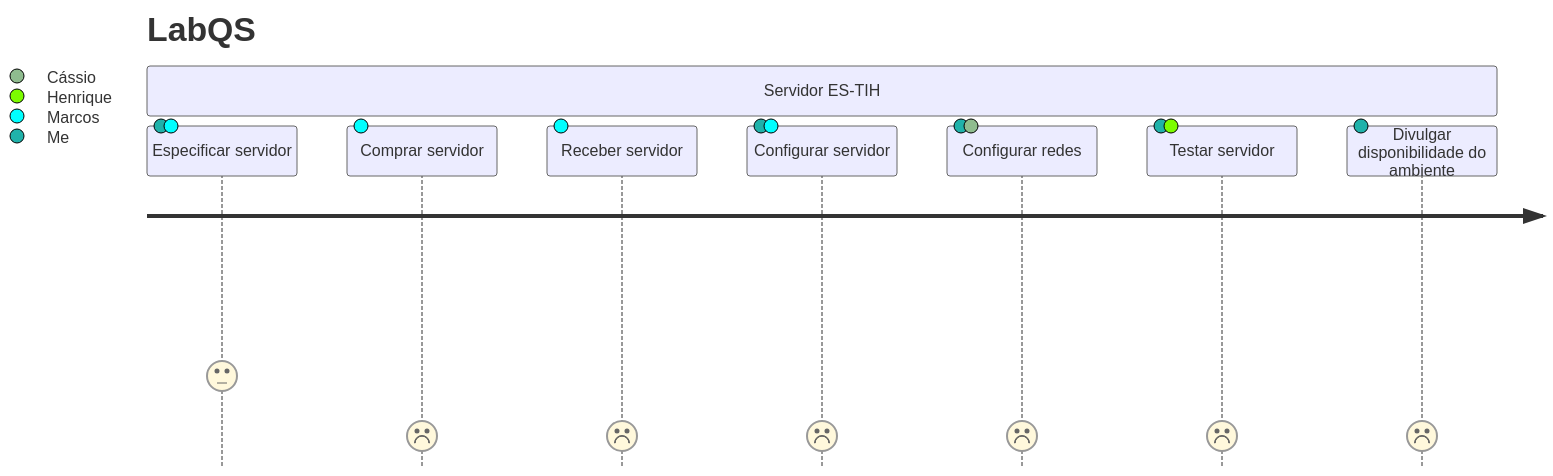
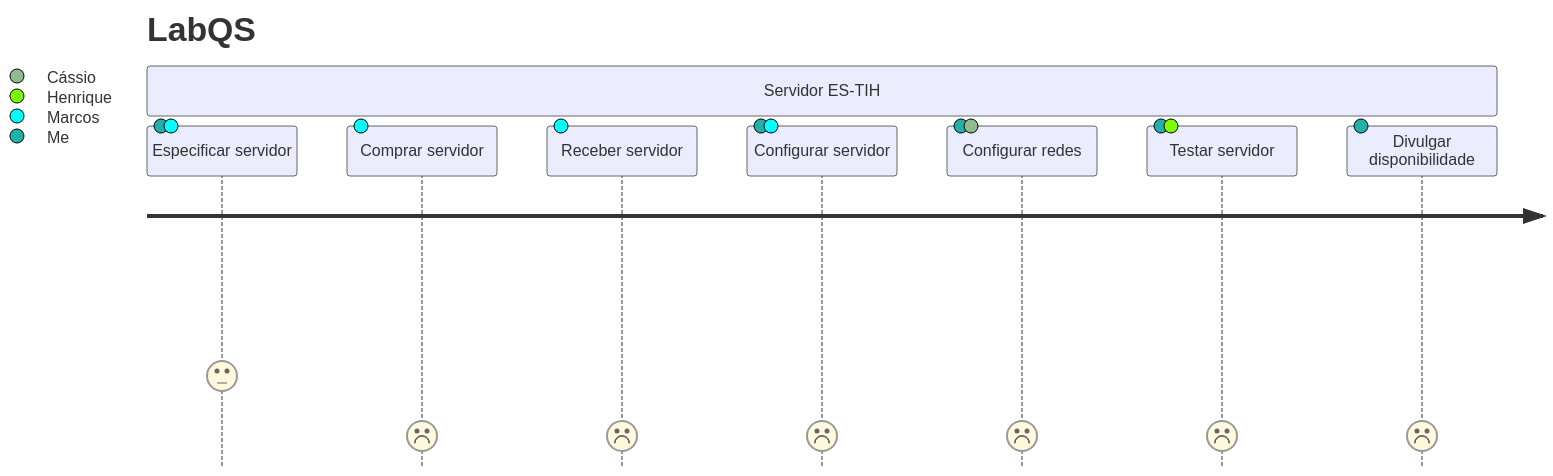
One commit to LabQS-ITA/cloud changed the seventh of 7 diagrams in xen/README.md. Above: the diagram before and after it, drawn with Mermaid. The commit also changed other lines of this file, not shown here.

````diff
--- a/xen/README.md
+++ b/xen/README.md
@@ -443,12 +444,12 @@
 ```mermaid
 journey
     title LabQS
     section Servidor ES-TIH
         Especificar servidor: 3: Me, Marcos
         Comprar servidor: 1: Marcos
         Receber servidor: 1: Marcos
         Configurar servidor: 1: Me, Marcos
         Configurar redes: 1: Me, Cássio
         Testar servidor: 1: Me, Henrique
-        Divulgar disponibilidade do ambiente: 1: Me
+        Divulgar disponibilidade: 1: Me
 ```
````
